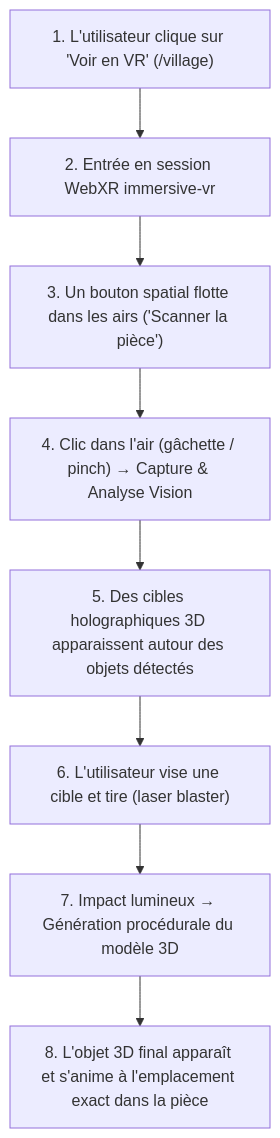
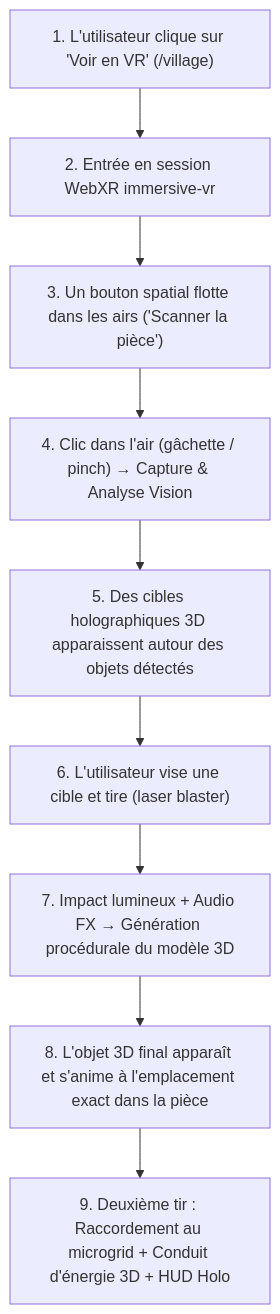
One commit to Tokiarivelo/mitsinjo-grid-vr changed the diagram in docs/vr-village-spatial-detection.md. Above: the diagram before and after it, drawn with Mermaid. The commit also changed other lines of this file and 12 other files, not shown here.

Commit message:
feat(vr): add diegetic holographic microgrid HUD and update implementation checklists

````diff
--- a/docs/vr-village-spatial-detection.md
+++ b/docs/vr-village-spatial-detection.md
@@ -22,10 +23,11 @@
 ```mermaid
 flowchart TD
     A["1. L'utilisateur clique sur 'Voir en VR' (/village)"] --> B["2. Entrée en session WebXR immersive-vr"]
     B --> C["3. Un bouton spatial flotte dans les airs ('Scanner la pièce')"]
     C --> D["4. Clic dans l'air (gâchette / pinch) → Capture & Analyse Vision"]
     D --> E["5. Des cibles holographiques 3D apparaissent autour des objets détectés"]
     E --> F["6. L'utilisateur vise une cible et tire (laser blaster)"]
-    F --> G["7. Impact lumineux → Génération procédurale du modèle 3D"]
+    F --> G["7. Impact lumineux + Audio FX → Génération procédurale du modèle 3D"]
     G --> H["8. L'objet 3D final apparaît et s'anime à l'emplacement exact dans la pièce"]
+    H --> I["9. Deuxième tir : Raccordement au microgrid + Conduit d'énergie 3D + HUD Holo"]
 ```
````
